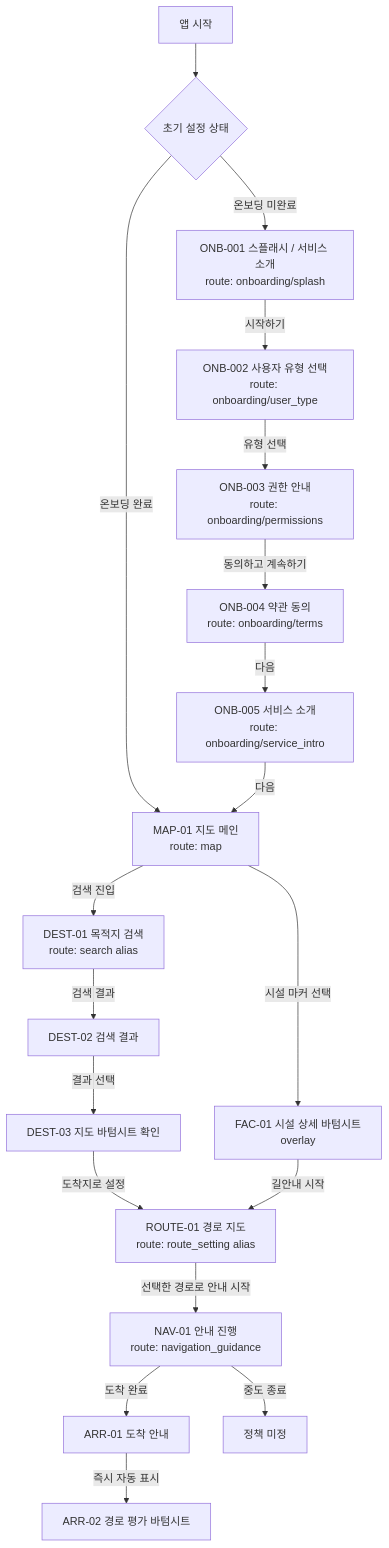
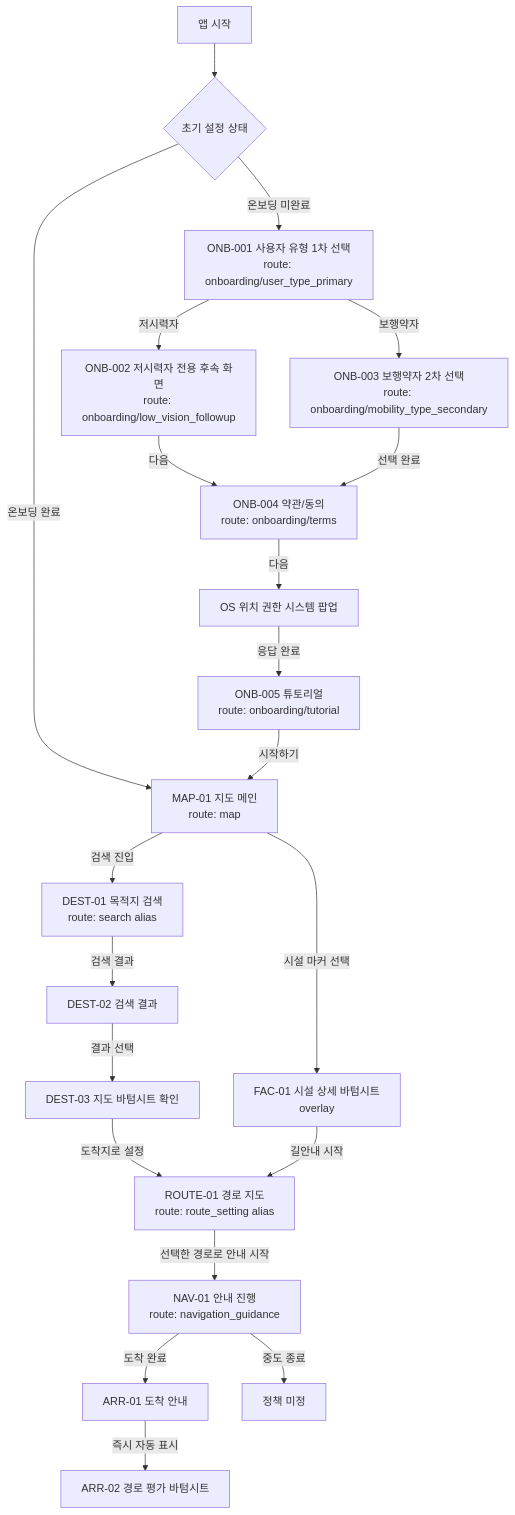
The first of 5 diagrams in FE/docs/2026-04-22_부산이음길_FE_화면_인벤토리_및_라우트_맵.md (busaneumgil/busaneumgil), drawn with Mermaid before and after one commit. The commit also changed other lines of this file and 11 other files, not shown here.

Commit message:
📝 Docs[S14P31E102-286]: 저시력자 온보딩 및 LV 화면군 문서 정합성 복구

````diff
--- a/FE/docs/2026-04-22_부산이음길_FE_화면_인벤토리_및_라우트_맵.md
+++ b/FE/docs/2026-04-22_부산이음길_FE_화면_인벤토리_및_라우트_맵.md
@@ -587,23 +516,25 @@
 ```mermaid
 flowchart TD
     A["앱 시작"] --> B{"초기 설정 상태"}
-    B -->|온보딩 미완료| C["ONB-001 스플래시 / 서비스 소개<br/>route: onboarding/splash"]
+    B -->|온보딩 미완료| C["ONB-001 사용자 유형 1차 선택<br/>route: onboarding/user_type_primary"]
     B -->|온보딩 완료| F["MAP-01 지도 메인<br/>route: map"]
 
-    C -->|시작하기| D["ONB-002 사용자 유형 선택<br/>route: onboarding/user_type"]
-    D -->|유형 선택| E["ONB-003 권한 안내<br/>route: onboarding/permissions"]
-    E -->|동의하고 계속하기| G0["ONB-004 약관 동의<br/>route: onboarding/terms"]
-    G0 -->|다음| H0["ONB-005 서비스 소개<br/>route: onboarding/service_intro"]
-    H0 -->|다음| F
+    C -->|저시력자| D["ONB-002 저시력자 전용 후속 화면<br/>route: onboarding/low_vision_followup"]
+    C -->|보행약자| E["ONB-003 보행약자 2차 선택<br/>route: onboarding/mobility_type_secondary"]
+    D -->|다음| G0["ONB-004 약관/동의<br/>route: onboarding/terms"]
+    E -->|선택 완료| G0
+    G0 -->|다음| H0["OS 위치 권한 시스템 팝업"]
+    H0 -->|응답 완료| I0["ONB-005 튜토리얼<br/>route: onboarding/tutorial"]
+    I0 -->|시작하기| F
 
     F -->|검색 진입| G["DEST-01 목적지 검색<br/>route: search alias"]
     F -->|시설 마커 선택| H["FAC-01 시설 상세 바텀시트<br/>overlay"]
     G -->|검색 결과| G2["DEST-02 검색 결과"]
     G2 -->|결과 선택| G3["DEST-03 지도 바텀시트 확인"]
     G3 -->|도착지로 설정| I["ROUTE-01 경로 지도<br/>route: route_setting alias"]
     H -->|길안내 시작| I
     I -->|선택한 경로로 안내 시작| J["NAV-01 안내 진행<br/>route: navigation_guidance"]
     J -->|도착 완료| K["ARR-01 도착 안내"]
     K -->|즉시 자동 표시| L["ARR-02 경로 평가 바텀시트"]
     J -->|중도 종료| M["정책 미정"]
 ```
````
